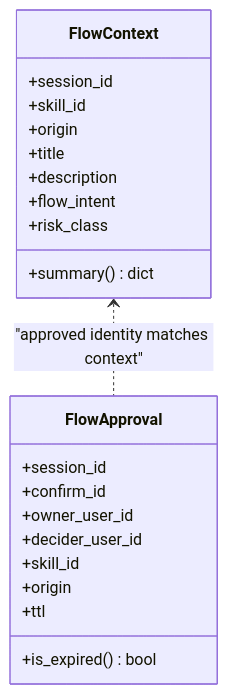
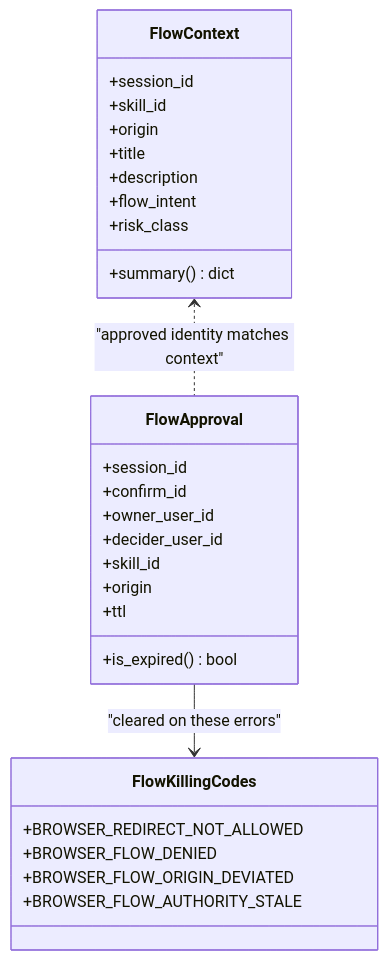
The seventh of 8 diagrams in .qoder/repowiki/en/content/Architecture Documentation/SPEC-054_ Action-Level Approval and Change Request Card.md (metasync/luban-aiops), drawn with Mermaid before and after one commit. The commit also changed other lines of this file and 24 other files, not shown here.

````diff
--- a/.qoder/repowiki/en/content/Architecture Documentation/SPEC-054_ Action-Level Approval and Change Request Card.md
+++ b/.qoder/repowiki/en/content/Architecture Documentation/SPEC-054_ Action-Level Approval and Change Request Card.md
@@ -221,24 +273,31 @@
 ```mermaid
 classDiagram
 class FlowContext {
 +session_id
 +skill_id
 +origin
 +title
 +description
 +flow_intent
 +risk_class
 +summary() dict
 }
 class FlowApproval {
 +session_id
 +confirm_id
 +owner_user_id
 +decider_user_id
 +skill_id
 +origin
 +ttl
 +is_expired() bool
 }
+class FlowKillingCodes {
++BROWSER_REDIRECT_NOT_ALLOWED
++BROWSER_FLOW_DENIED
++BROWSER_FLOW_ORIGIN_DEVIATED
++BROWSER_FLOW_AUTHORITY_STALE
+}
 FlowContext <.. FlowApproval : "approved identity matches context"
+FlowApproval --> FlowKillingCodes : "cleared on these errors"
 ```
````
